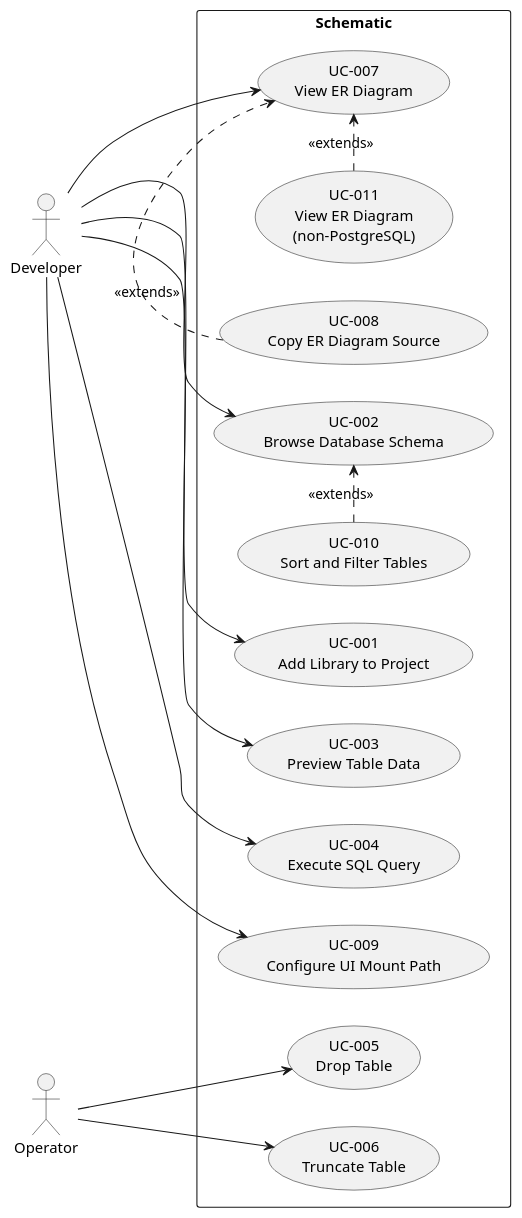
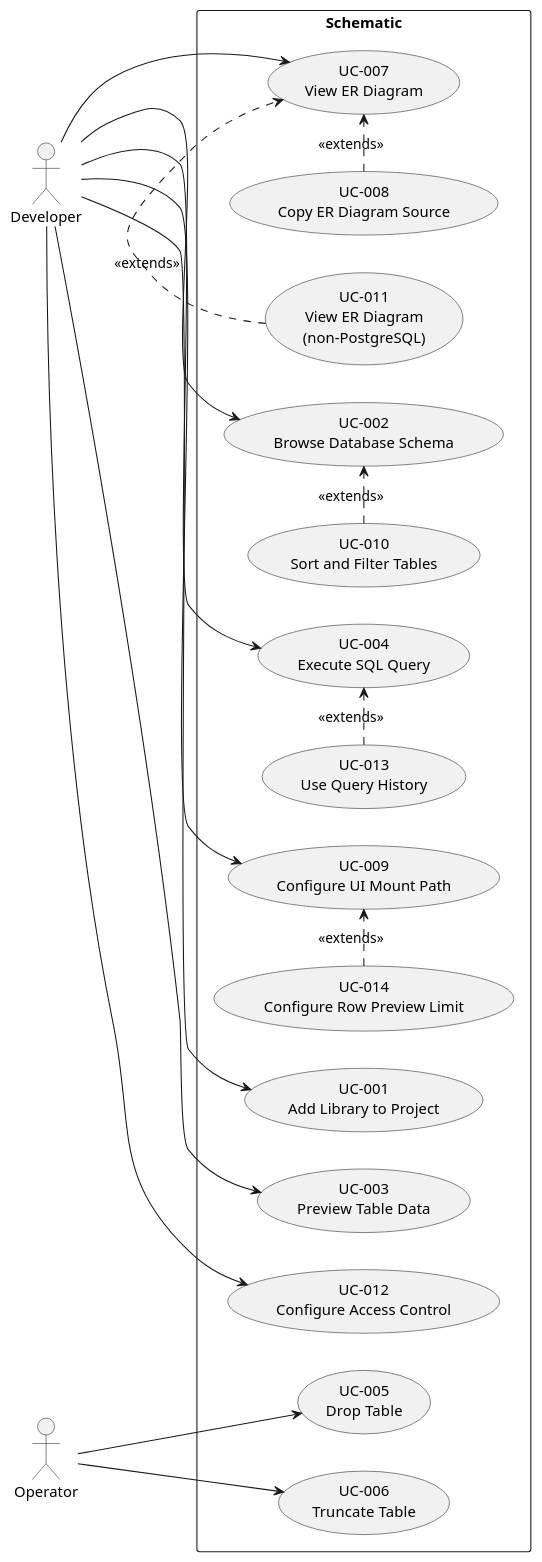
One commit to BjoernKW/Schematic changed the diagram in docs/use_cases.puml. Above: the diagram before and after it, drawn with PlantUML. The commit also changed 5 other files, not shown here.

```diff
--- a/docs/use_cases.puml
+++ b/docs/use_cases.puml
@@ -1,35 +1,41 @@
 @startuml Use Cases Overview
 left to right direction
 
 actor "Developer" as developer
 actor "Operator" as operator
 
 rectangle "Schematic" {
     usecase "UC-001\nAdd Library to Project" as UC001
     usecase "UC-002\nBrowse Database Schema" as UC002
     usecase "UC-003\nPreview Table Data" as UC003
     usecase "UC-004\nExecute SQL Query" as UC004
     usecase "UC-005\nDrop Table" as UC005
     usecase "UC-006\nTruncate Table" as UC006
     usecase "UC-007\nView ER Diagram" as UC007
     usecase "UC-008\nCopy ER Diagram Source" as UC008
     usecase "UC-009\nConfigure UI Mount Path" as UC009
     usecase "UC-010\nSort and Filter Tables" as UC010
     usecase "UC-011\nView ER Diagram\n(non-PostgreSQL)" as UC011
+    usecase "UC-012\nConfigure Access Control" as UC012
+    usecase "UC-013\nUse Query History" as UC013
+    usecase "UC-014\nConfigure Row Preview Limit" as UC014
 }
 
 developer --> UC001
 developer --> UC002
 developer --> UC003
 developer --> UC004
 developer --> UC007
 developer --> UC009
+developer --> UC012
 
 operator --> UC005
 operator --> UC006
 
 UC008 .> UC007 : <<extends>>
 UC010 .> UC002 : <<extends>>
 UC011 .> UC007 : <<extends>>
+UC013 .> UC004 : <<extends>>
+UC014 .> UC009 : <<extends>>
 
 @enduml
```
